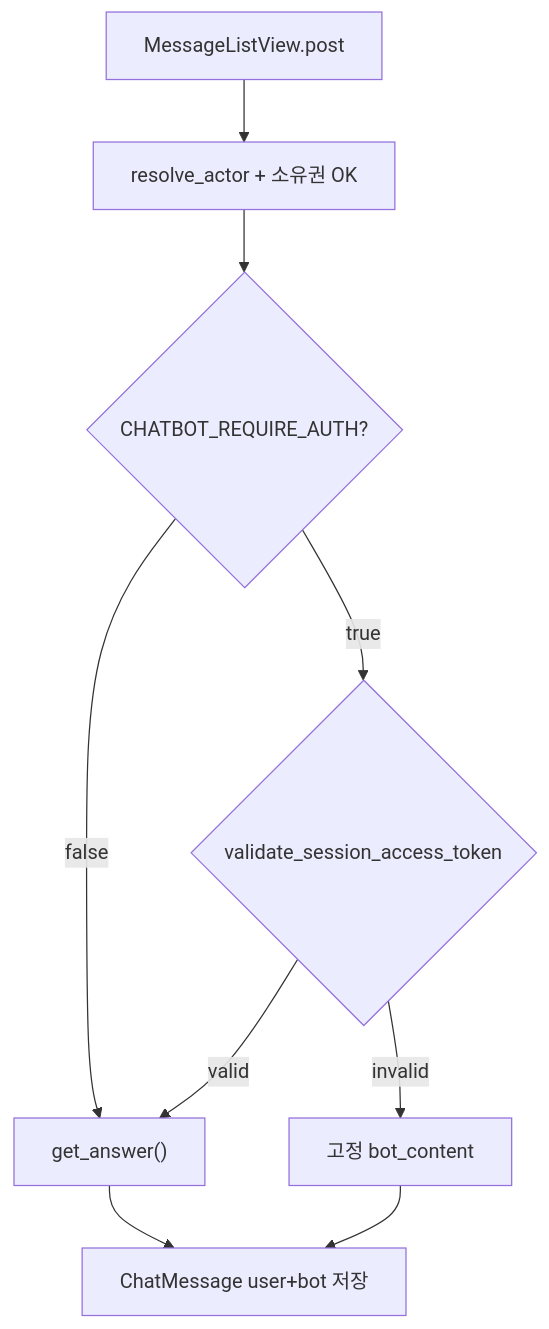
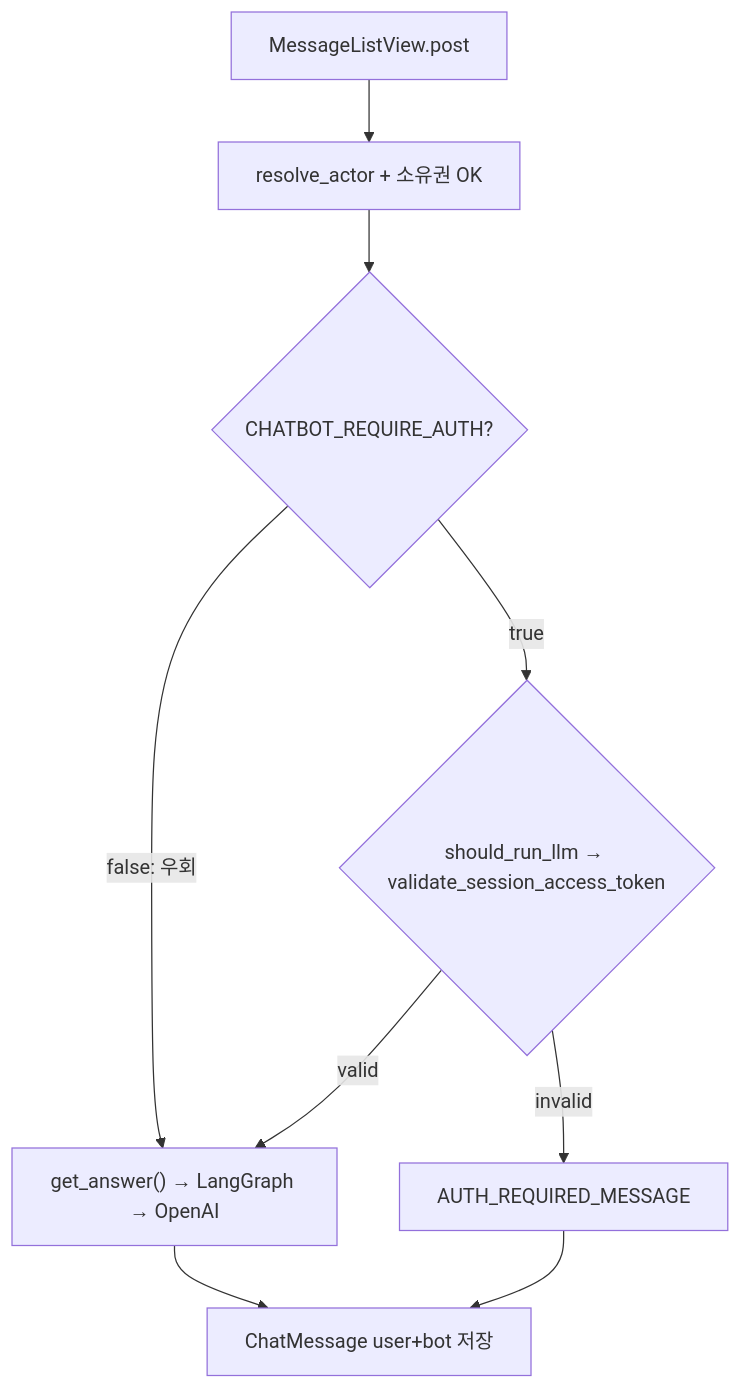
The first of 2 diagrams in docs/에픽03-JWT-LLM-게이트.md (EJ-pro/SKN27-4th-4team), drawn with Mermaid before and after one commit. The commit also changed other lines of this file, not shown here.

````diff
--- a/docs/에픽03-JWT-LLM-게이트.md
+++ b/docs/에픽03-JWT-LLM-게이트.md
@@ -61,17 +175,17 @@
 ```mermaid
 flowchart TD
   POST["MessageListView.post"]
   Actor["resolve_actor + 소유권 OK"]
   Gate{"CHATBOT_REQUIRE_AUTH?"}
-  JWT{"validate_session_access_token"}
-  LLM["get_answer()"]
-  Fixed["고정 bot_content"]
+  JWT{"should_run_llm → validate_session_access_token"}
+  LLM["get_answer() → LangGraph → OpenAI"]
+  Fixed["AUTH_REQUIRED_MESSAGE"]
   Save["ChatMessage user+bot 저장"]
   POST --> Actor --> Gate
-  Gate -->|"false"| LLM
+  Gate -->|"false: 우회"| LLM
   Gate -->|"true"| JWT
   JWT -->|"valid"| LLM
   JWT -->|"invalid"| Fixed
   LLM --> Save
   Fixed --> Save
 ```
````
